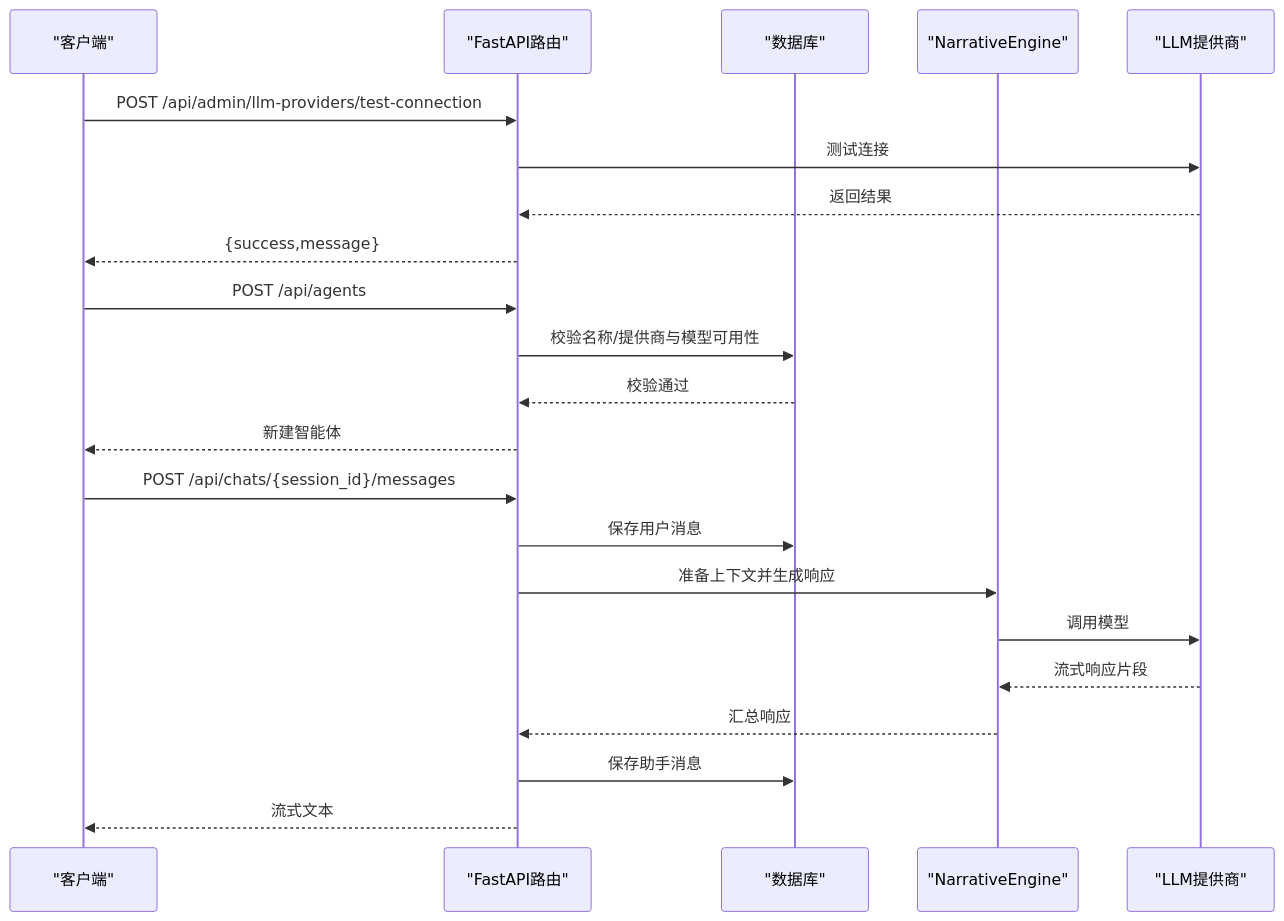
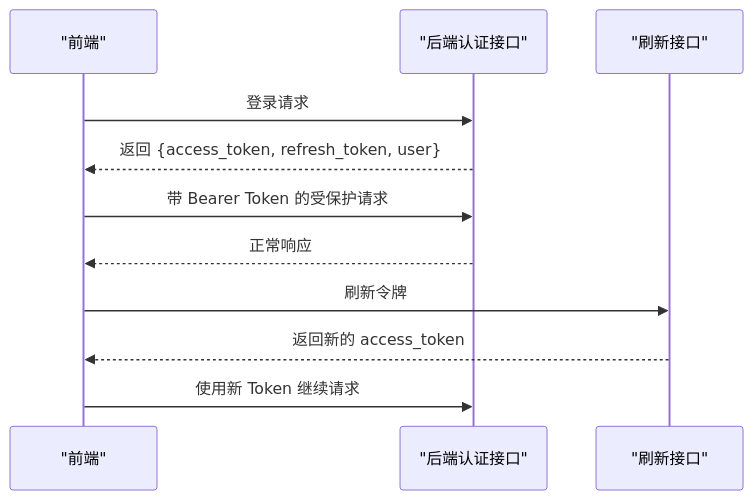
Before and after one commit to KunLabAI/KunFlix: the fourth of 5 diagrams in .qoder/repowiki/zh/content/快速开始.md, drawn with Mermaid. The commit also changed other lines of this file and 275 other files, not shown here.

````diff
--- a/.qoder/repowiki/zh/content/快速开始.md
+++ b/.qoder/repowiki/zh/content/快速开始.md
@@ -302,24 +184,13 @@
 ```mermaid
 sequenceDiagram
-participant Client as "客户端"
-participant API as "FastAPI路由"
-participant DB as "数据库"
-participant Agent as "NarrativeEngine"
-participant LLM as "LLM提供商"
-Client->>API : POST /api/admin/llm-providers/test-connection
-API->>LLM : 测试连接
-LLM-->>API : 返回结果
-API-->>Client : {success,message}
-Client->>API : POST /api/agents
-API->>DB : 校验名称/提供商与模型可用性
-DB-->>API : 校验通过
-API-->>Client : 新建智能体
-Client->>API : POST /api/chats/{session_id}/messages
-API->>DB : 保存用户消息
-API->>Agent : 准备上下文并生成响应
-Agent->>LLM : 调用模型
-LLM-->>Agent : 流式响应片段
-Agent-->>API : 汇总响应
-API->>DB : 保存助手消息
-API-->>Client : 流式文本
+participant FE as "前端"
+participant API as "后端认证接口"
+participant RT as "刷新接口"
+FE->>API : 登录请求
+API-->>FE : 返回 {access_token, refresh_token, user}
+FE->>API : 带 Bearer Token 的受保护请求
+API-->>FE : 正常响应
+FE->>RT : 刷新令牌
+RT-->>FE : 返回新的 access_token
+FE->>API : 使用新 Token 继续请求
 ```
````
